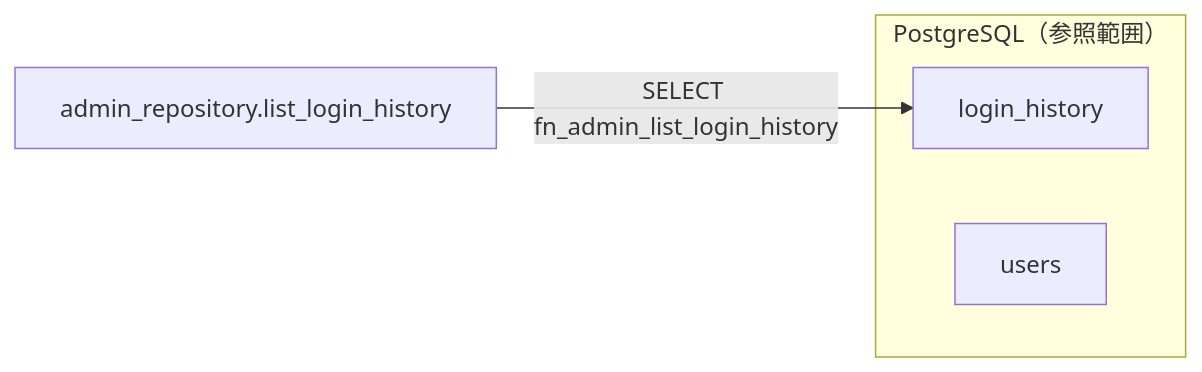
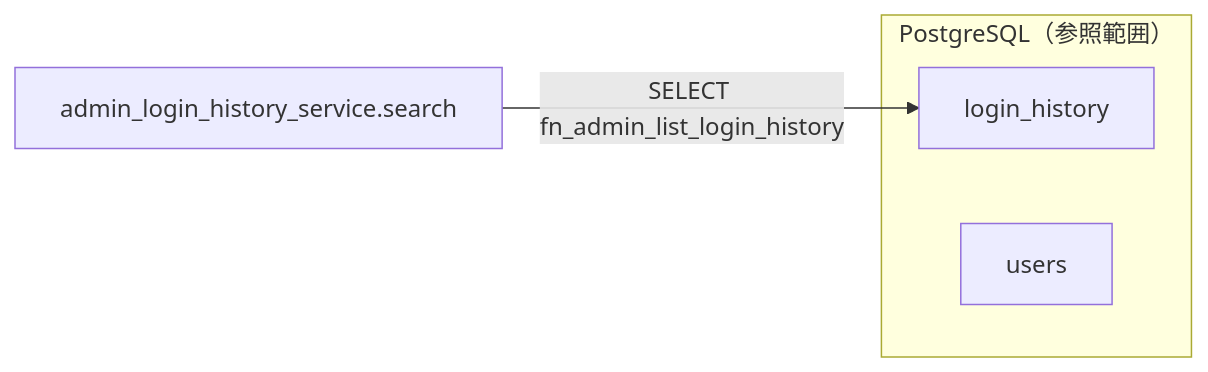
The fourth of 4 diagrams in docs/detailed_design/api/admin/07_get_admin_login_history.md (oikawa-d/task_management), drawn with Mermaid before and after one commit. The commit also changed other lines of this file and 28 other files, not shown here.

````diff
--- a/docs/detailed_design/api/admin/07_get_admin_login_history.md
+++ b/docs/detailed_design/api/admin/07_get_admin_login_history.md
@@ -201,8 +227,8 @@
 ```mermaid
 flowchart LR
     subgraph PG["PostgreSQL（参照範囲）"]
         T1["login_history"]
         T2["users"]
     end
-    ARP["admin_repository.list_login_history"] -->|"SELECT fn_admin_list_login_history"| T1
+    S["admin_login_history_service.search"] -->|"SELECT fn_admin_list_login_history"| T1
 ```
````
